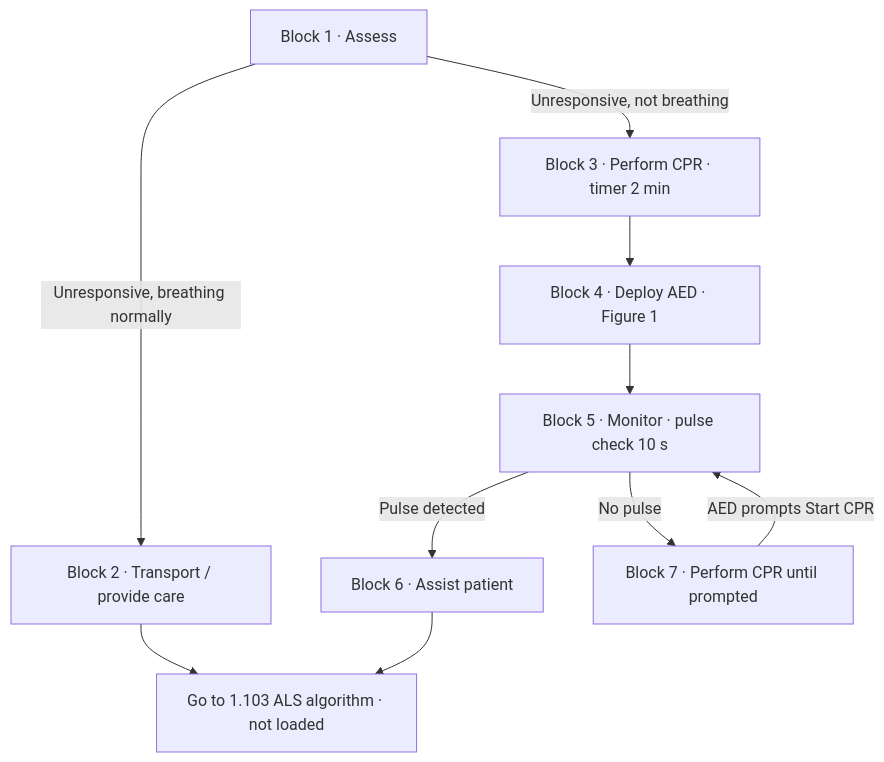
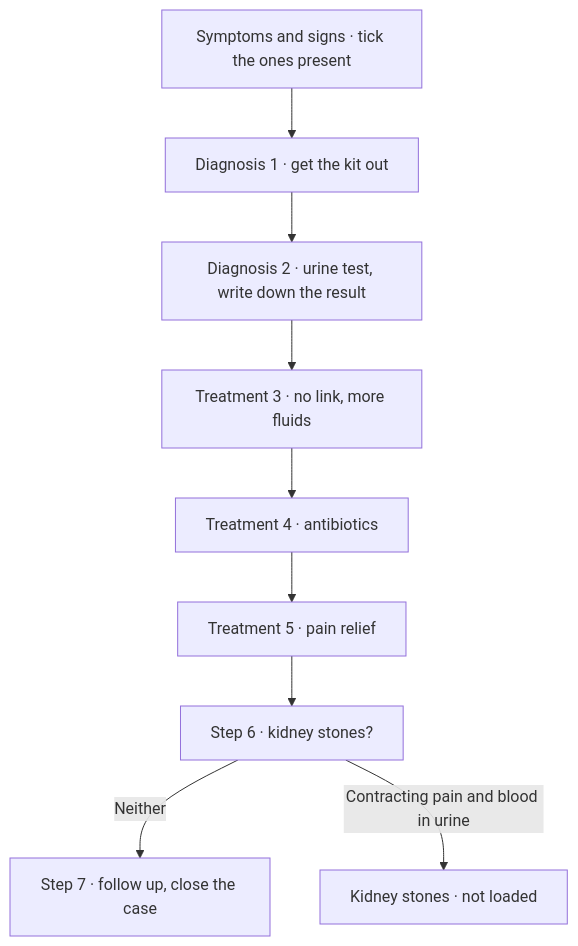
Before and after one commit to adoviguerav/mooncare: the diagram in docs/emergency_guide.md, drawn with Mermaid. The commit also changed other lines of this file and 1 other file, not shown here.

````diff
--- a/docs/emergency_guide.md
+++ b/docs/emergency_guide.md
@@ -28,17 +34,15 @@
 ```mermaid
 flowchart TD
-    assess["Block 1 · Assess"]
-    transport["Block 2 · Transport / provide care"]
-    cpr["Block 3 · Perform CPR · timer 2 min"]
-    aed["Block 4 · Deploy AED · Figure 1"]
-    monitor["Block 5 · Monitor · pulse check 10 s"]
-    assist["Block 6 · Assist patient"]
-    cpr2["Block 7 · Perform CPR until prompted"]
-    handover["Go to 1.103 ALS algorithm · not loaded"]
-    assess -->|Unresponsive, breathing normally| transport
-    assess -->|Unresponsive, not breathing| cpr
-    transport --> handover
-    cpr --> aed --> monitor
-    monitor -->|Pulse detected| assist --> handover
-    monitor -->|No pulse| cpr2 -->|AED prompts Start CPR| monitor
+    symptoms["Symptoms and signs · tick the ones present"]
+    unstow["Diagnosis 1 · get the kit out"]
+    urinalysis["Diagnosis 2 · urine test, write down the result"]
+    treatment["Treatment 3 · no link, more fluids"]
+    antibiotics["Treatment 4 · antibiotics"]
+    pain["Treatment 5 · pain relief"]
+    check["Step 6 · kidney stones?"]
+    follow["Step 7 · follow up, close the case"]
+    stones["Kidney stones · not loaded"]
+    symptoms --> unstow --> urinalysis --> treatment --> antibiotics --> pain --> check
+    check -->|Neither| follow
+    check -->|Contracting pain and blood in urine| stones
 ```
````
